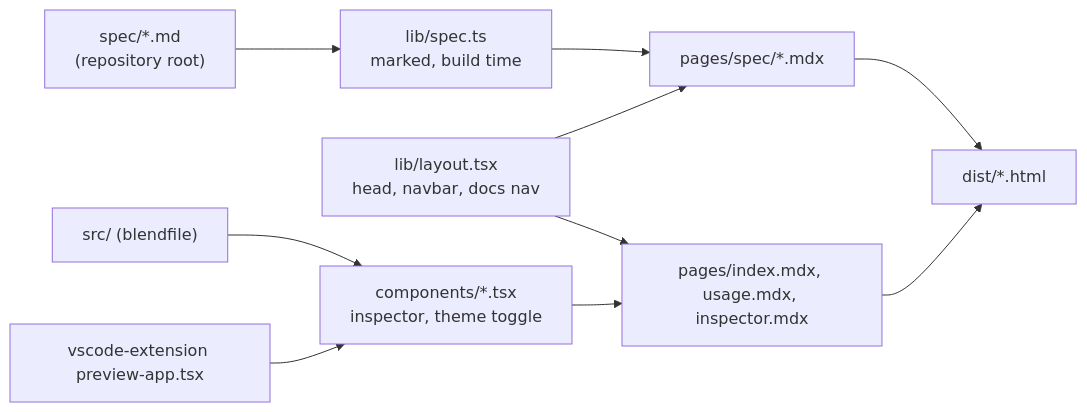
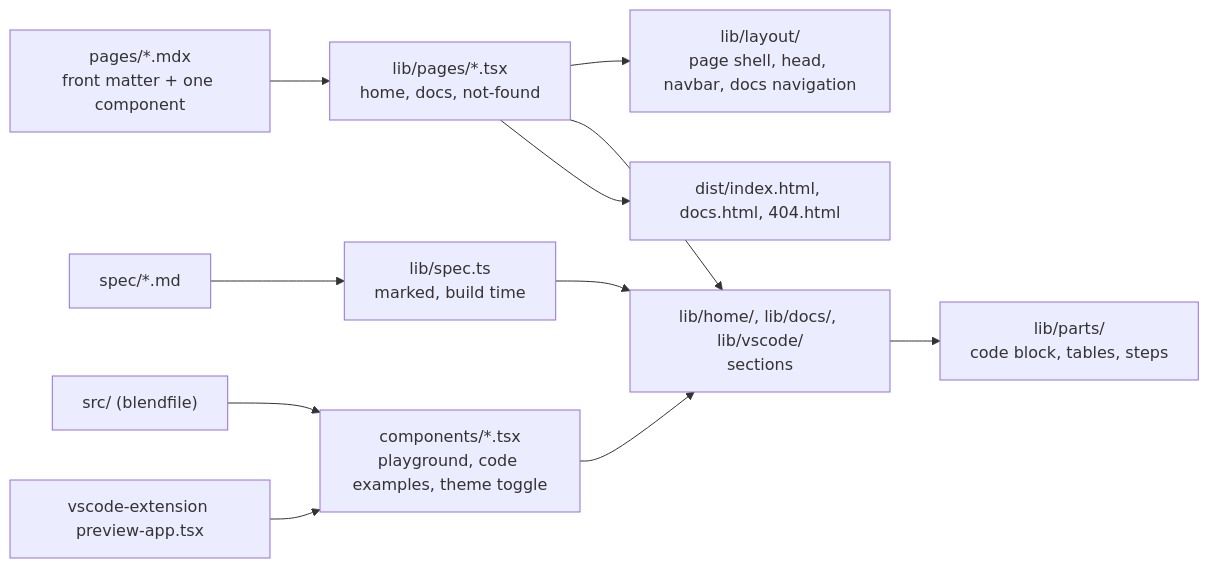
Before and after one commit to Mansi1/blendfile: the diagram in website/ARCH.md, drawn with Mermaid. The commit also changed other lines of this file and 70 other files, not shown here.

First line of the commit message:
Website: three pages built from components, like the audio-tag website

````diff
--- a/website/ARCH.md
+++ b/website/ARCH.md
@@ -9,12 +9,12 @@
 ```mermaid
 flowchart LR
-  spec["spec/*.md<br/>(repository root)"] --> specLib["lib/spec.ts<br/>marked, build time"]
-  specLib --> pages["pages/spec/*.mdx"]
-  layout["lib/layout.tsx<br/>head, navbar, docs nav"] --> pages
-  layout --> mdx["pages/index.mdx, usage.mdx, inspector.mdx"]
-  components["components/*.tsx<br/>inspector, theme toggle"] --> mdx
-  library["src/ (blendfile)"] --> components
-  preview["vscode-extension preview-app.tsx"] --> components
-  pages --> dist["dist/*.html"]
-  mdx --> dist
+  mdx["pages/*.mdx<br/>front matter + one component"] --> pageComponents["lib/pages/*.tsx<br/>home, docs, not-found"]
+  pageComponents --> shell["lib/layout/<br/>page shell, head, navbar, docs navigation"]
+  pageComponents --> sections["lib/home/, lib/docs/, lib/vscode/<br/>sections"]
+  sections --> parts["lib/parts/<br/>code block, tables, steps"]
+  spec["spec/*.md"] --> specLib["lib/spec.ts<br/>marked, build time"] --> sections
+  islands["components/*.tsx<br/>playground, code examples, theme toggle"] --> sections
+  library["src/ (blendfile)"] --> islands
+  preview["vscode-extension preview-app.tsx"] --> islands
+  pageComponents --> dist["dist/index.html, docs.html, 404.html"]
 ```
````
